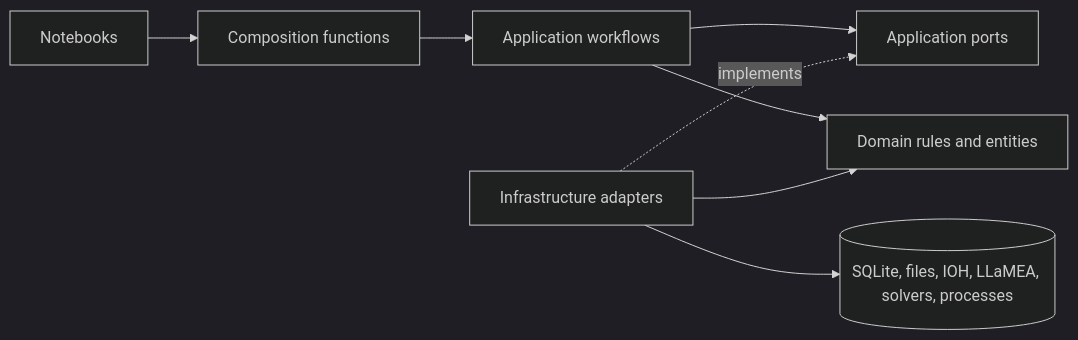
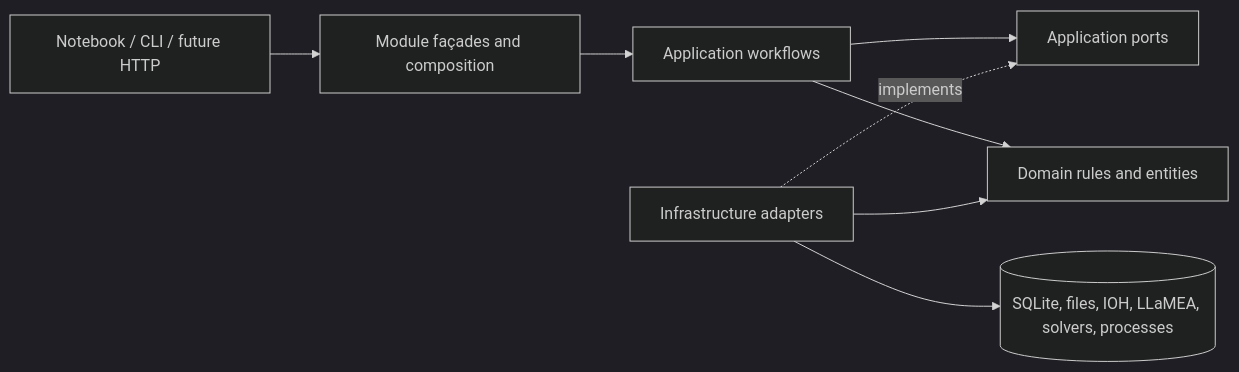
The second of 2 diagrams in docs/architecture/system_architecture.md (Nicola-Ibrahim/AAD_LLM), drawn with Mermaid (dark theme) before and after one commit. The commit also changed other lines of this file and 161 other files, not shown here.

````diff
--- a/docs/architecture/system_architecture.md
+++ b/docs/architecture/system_architecture.md
@@ -62,10 +62,10 @@
 ```mermaid
 flowchart LR
-    Entry[Notebooks] --> Bootstrap[Composition functions]
+    Entry[Notebook / CLI / future HTTP] --> Bootstrap[Module façades and composition]
     Bootstrap --> App[Application workflows]
     App --> Ports[Application ports]
     App --> Domain[Domain rules and entities]
     Infra[Infrastructure adapters] -. implements .-> Ports
     Infra --> Domain
     Infra --> External[(SQLite, files, IOH, LLaMEA, solvers, processes)]
 ```
````
